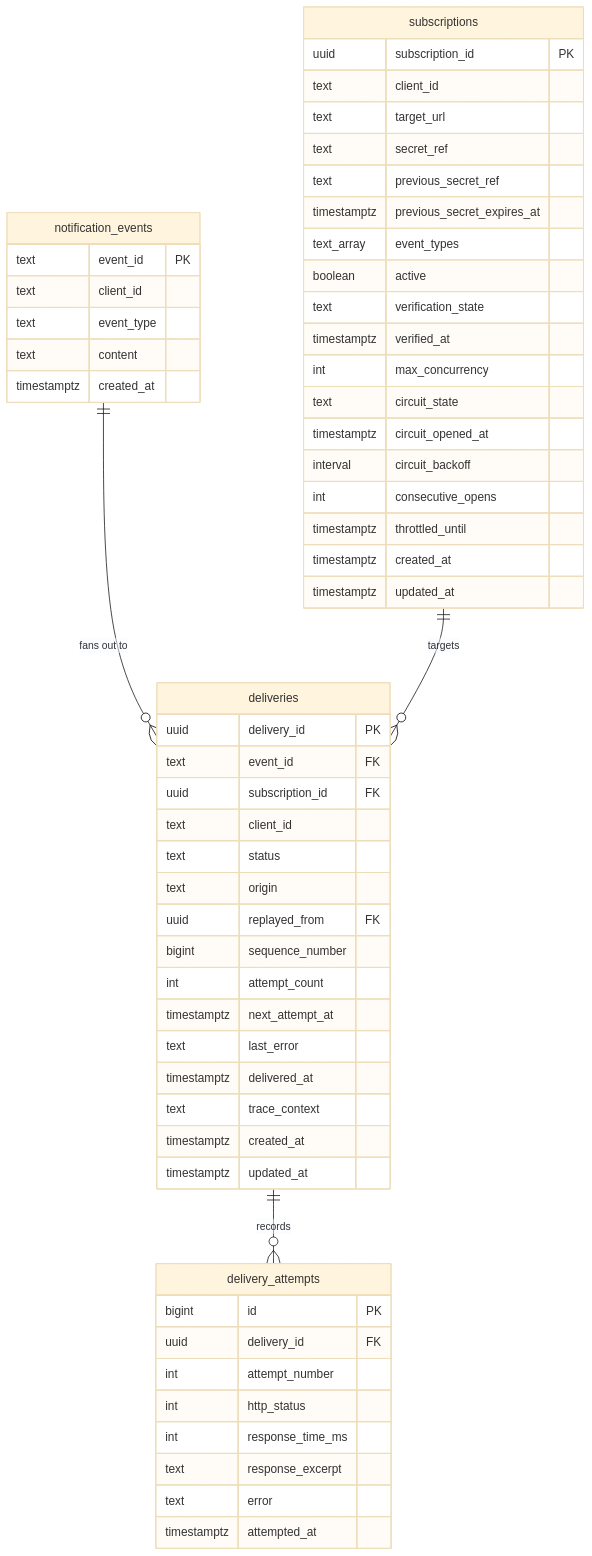
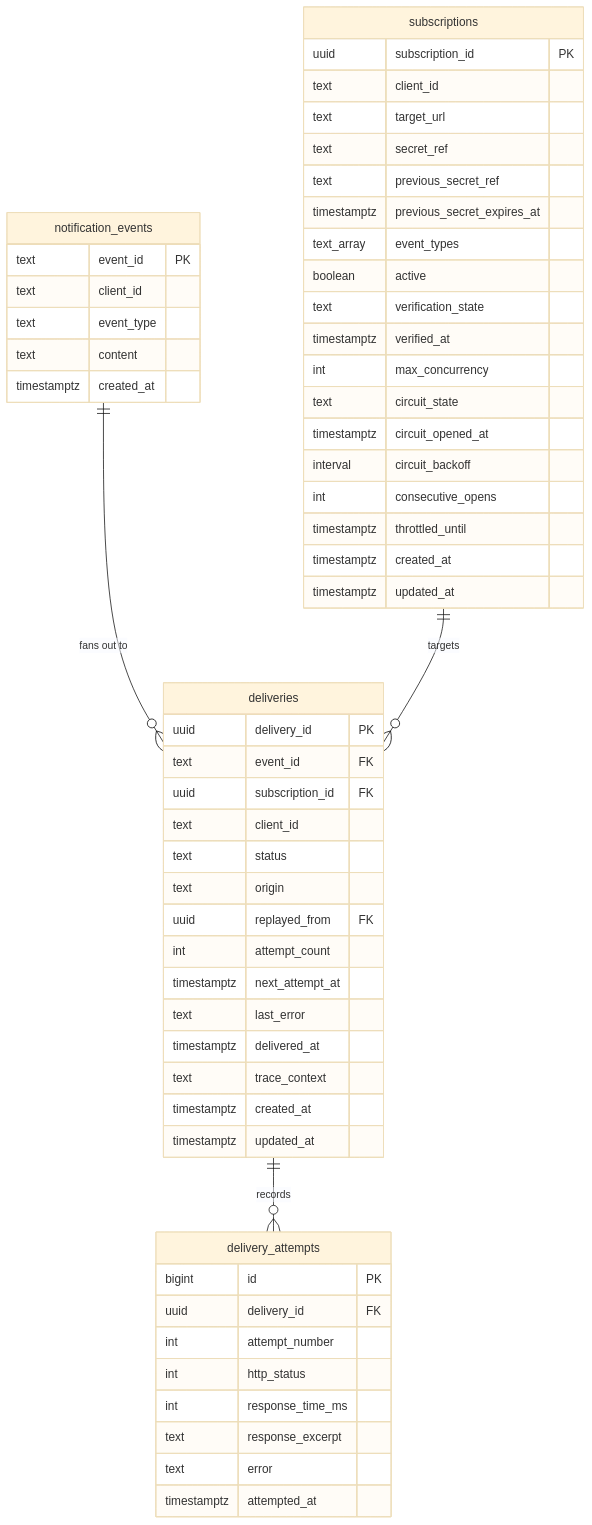
Before and after one commit to jaideranillo/challenge: the third of 4 diagrams in docs/architecture/adr/ADR-001-webhook-notification-delivery-outbox.md, drawn with Mermaid (base theme). The commit also changed other lines of this file and 10 other files, not shown here.

````diff
--- a/docs/architecture/adr/ADR-001-webhook-notification-delivery-outbox.md
+++ b/docs/architecture/adr/ADR-001-webhook-notification-delivery-outbox.md
@@ -471,64 +513,63 @@
 ```mermaid
 erDiagram
   notification_events ||--o{ deliveries : "fans out to"
   subscriptions ||--o{ deliveries : "targets"
   deliveries ||--o{ delivery_attempts : "records"
 
   notification_events {
     text event_id PK
     text client_id
     text event_type
     text content
     timestamptz created_at
   }
 
   subscriptions {
     uuid subscription_id PK
     text client_id
     text target_url
     text secret_ref
     text previous_secret_ref
     timestamptz previous_secret_expires_at
     text_array event_types
     boolean active
     text verification_state
     timestamptz verified_at
     int max_concurrency
     text circuit_state
     timestamptz circuit_opened_at
     interval circuit_backoff
     int consecutive_opens
     timestamptz throttled_until
     timestamptz created_at
     timestamptz updated_at
   }
 
   deliveries {
     uuid delivery_id PK
     text event_id FK
     uuid subscription_id FK
     text client_id
     text status
     text origin
     uuid replayed_from FK
-    bigint sequence_number
     int attempt_count
     timestamptz next_attempt_at
     text last_error
     timestamptz delivered_at
     text trace_context
     timestamptz created_at
     timestamptz updated_at
   }
 
   delivery_attempts {
     bigint id PK
     uuid delivery_id FK
     int attempt_number
     int http_status
     int response_time_ms
     text response_excerpt
     text error
     timestamptz attempted_at
   }
 ```
````
